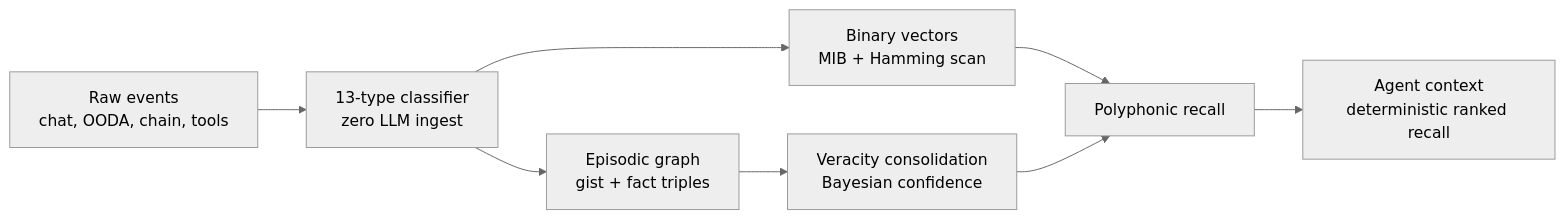
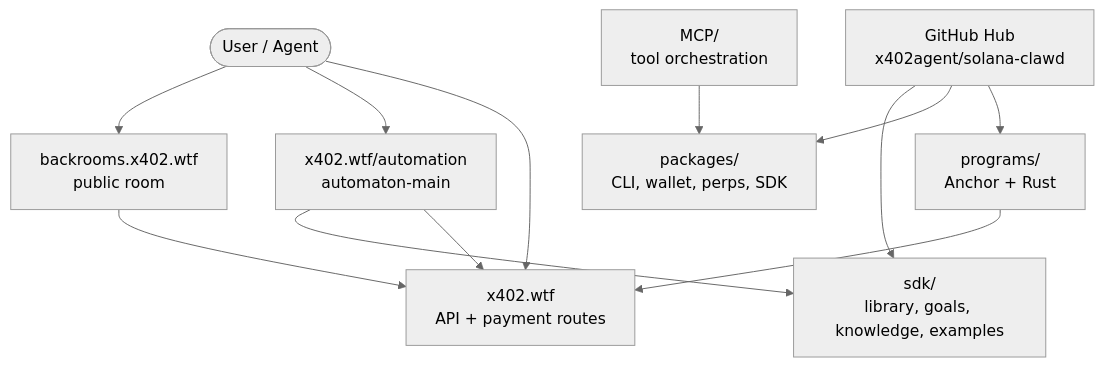
Before and after one commit to x402agent/solana-claude: the diagram in README.md, drawn with Mermaid (neutral theme). The commit also changed other lines of this file, not shown here.

````diff
--- a/README.md
+++ b/README.md
@@ -905,10 +275,24 @@
 ```mermaid
-flowchart LR
-  A[Raw events<br/>chat, OODA, chain, tools] --> B[13-type classifier<br/>zero LLM ingest]
-  B --> C[Binary vectors<br/>MIB + Hamming scan]
-  B --> D[Episodic graph<br/>gist + fact triples]
-  C --> E[Polyphonic recall]
-  D --> F[Veracity consolidation<br/>Bayesian confidence]
-  F --> E
-  E --> G[Agent context<br/>deterministic ranked recall]
+flowchart TB
+  user([User / Agent])
+  github[GitHub Hub<br/>x402agent/solana-clawd]
+  x402[x402.wtf<br/>API + payment routes]
+  backrooms[backrooms.x402.wtf<br/>public room]
+  automation[x402.wtf/automation<br/>automaton-main]
+  sdk[sdk/<br/>library, goals, knowledge, examples]
+  packages[packages/<br/>CLI, wallet, perps, SDK]
+  programs[programs/<br/>Anchor + Rust]
+  mcp[MCP/<br/>tool orchestration]
+
+  user --> backrooms
+  user --> automation
+  user --> x402
+  github --> sdk
+  github --> packages
+  github --> programs
+  automation --> sdk
+  automation --> x402
+  backrooms --> x402
+  mcp --> packages
+  programs --> x402
 ```
````
